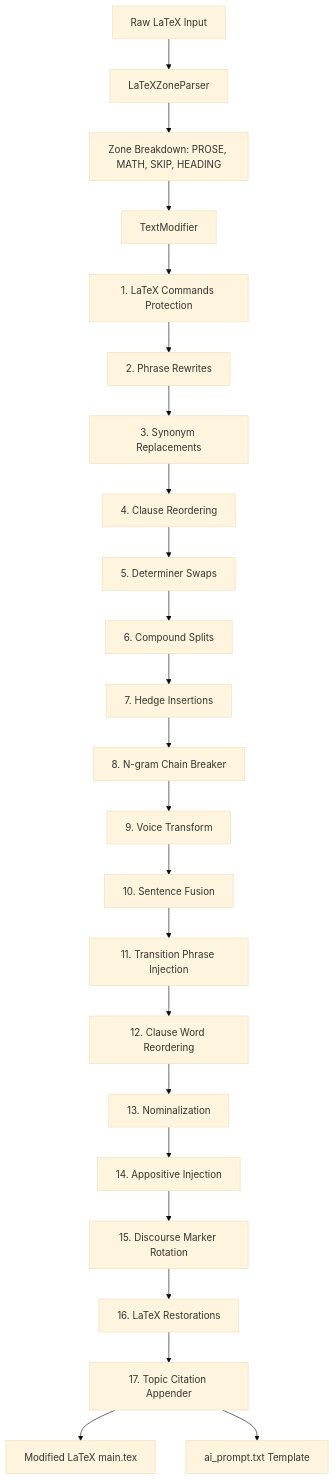
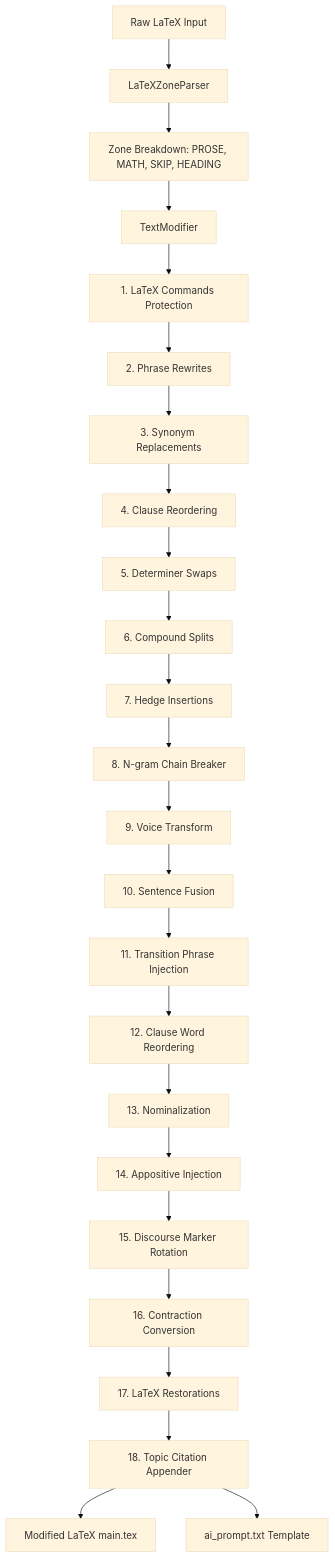
One commit to AhmadHassan-BTed/Turnitout changed the diagram in docs/architecture.md. Above: the diagram before and after it, drawn with Mermaid (base theme). The commit also changed other lines of this file and 7 other files, not shown here.

Commit message:
feat: implement contraction conversion transformation stage and add comprehensive unit tests

````diff
--- a/docs/architecture.md
+++ b/docs/architecture.md
@@ -9,25 +9,26 @@
 ```mermaid
 flowchart TD
     A[Raw LaTeX Input] --> B[LaTeXZoneParser]
     B --> C[Zone Breakdown: PROSE, MATH, SKIP, HEADING]
     C --> D[TextModifier]
     D --> E1[1. LaTeX Commands Protection]
     E1 --> E2[2. Phrase Rewrites]
     E2 --> E3[3. Synonym Replacements]
     E3 --> E4[4. Clause Reordering]
     E4 --> E5[5. Determiner Swaps]
     E5 --> E6[6. Compound Splits]
     E6 --> E7[7. Hedge Insertions]
     E7 --> E8[8. N-gram Chain Breaker]
     E8 --> E9[9. Voice Transform]
     E9 --> E10[10. Sentence Fusion]
     E10 --> E11[11. Transition Phrase Injection]
     E11 --> E12[12. Clause Word Reordering]
     E12 --> E13[13. Nominalization]
     E13 --> E14[14. Appositive Injection]
     E14 --> E15[15. Discourse Marker Rotation]
-    E15 --> M[16. LaTeX Restorations]
-    M --> N[17. Topic Citation Appender]
+    E15 --> E16[16. Contraction Conversion]
+    E16 --> M[17. LaTeX Restorations]
+    M --> N[18. Topic Citation Appender]
     N --> O[Modified LaTeX main.tex]
     N --> P[ai_prompt.txt Template]
 ```
````
